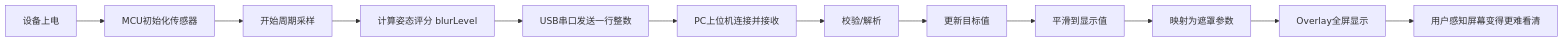
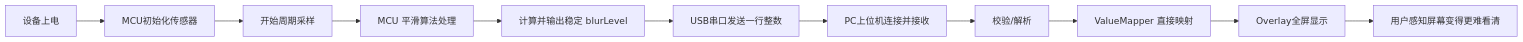
Before and after one commit to STU-MS/SitRight: the fifth of 5 diagrams in docs/坐姿矫正仪开发计划.md, drawn with Mermaid. The commit also changed other lines of this file and 4 other files, not shown here.

````diff
--- a/docs/坐姿矫正仪开发计划.md
+++ b/docs/坐姿矫正仪开发计划.md
@@ -257,14 +249,13 @@
 ```mermaid
 flowchart LR
     A[设备上电] --> B[MCU初始化传感器]
     B --> C[开始周期采样]
-    C --> D[计算姿态评分 blurLevel]
-    D --> E[USB串口发送一行整数]
-    E --> F[PC上位机连接并接收]
-    F --> G[校验/解析]
-    G --> H[更新目标值]
-    H --> I[平滑到显示值]
-    I --> J[映射为遮罩参数]
-    J --> K[Overlay全屏显示]
-    K --> L[用户感知屏幕变得更难看清]
+    C --> D[MCU 平滑算法处理]
+    D --> E[计算并输出稳定 blurLevel]
+    E --> F[USB串口发送一行整数]
+    F --> G[PC上位机连接并接收]
+    G --> H[校验/解析]
+    H --> I[ValueMapper 直接映射]
+    I --> J[Overlay全屏显示]
+    J --> K[用户感知屏幕变得更难看清]
 ```
````
